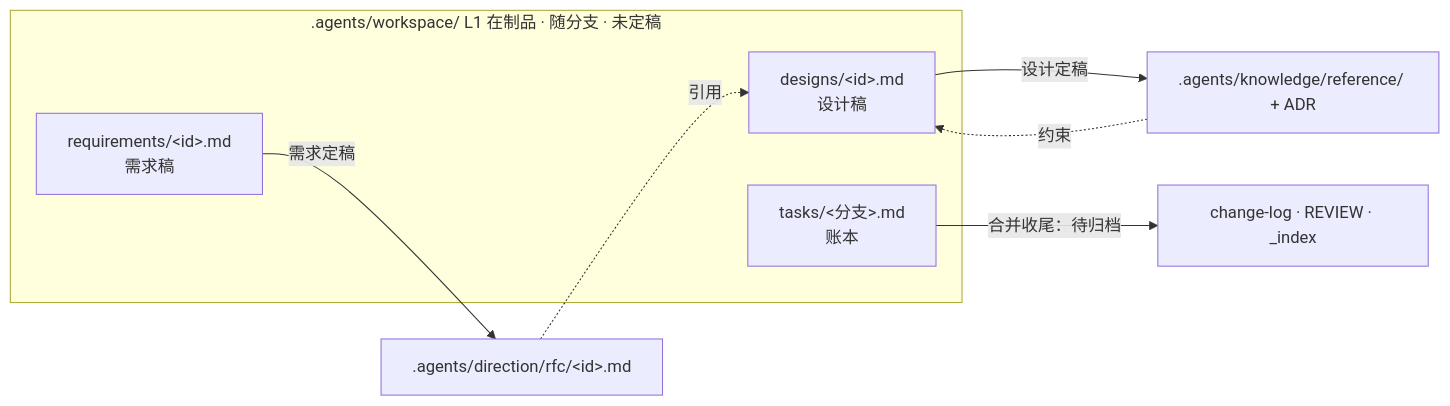
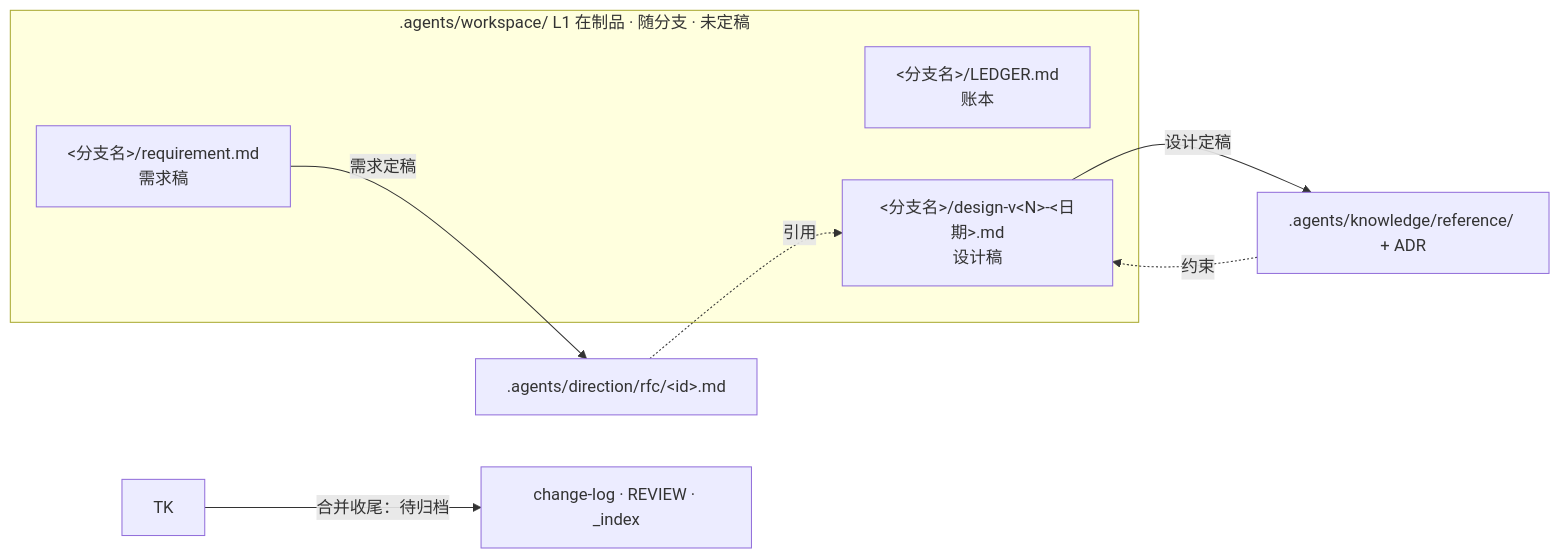
The ninth of 9 diagrams in .agents/rules/assets/ai-context-engineering.md (adaios/adaios), drawn with Mermaid before and after one commit. The commit also changed other lines of this file and 78 other files, not shown here.

````diff
--- a/.agents/rules/assets/ai-context-engineering.md
+++ b/.agents/rules/assets/ai-context-engineering.md
@@ -304,15 +304,15 @@
 ```mermaid
 flowchart LR
     subgraph WS[".agents/workspace/  L1 在制品 · 随分支 · 未定稿"]
-        TK["tasks/&lt;分支&gt;.md<br/>账本"]
-        RQ["requirements/&lt;id&gt;.md<br/>需求稿"]
-        DS["designs/&lt;id&gt;.md<br/>设计稿"]
+        TG["&lt;分支名&gt;/LEDGER.md<br/>账本"]
+        RQ["&lt;分支名&gt;/requirement.md<br/>需求稿"]
+        DS["&lt;分支名&gt;/design-v&lt;N&gt;-&lt;日期&gt;.md<br/>设计稿"]
     end
 
     RQ -->|"需求定稿"| RFC[".agents/direction/rfc/&lt;id&gt;.md"]
     DS -->|"设计定稿"| AR[".agents/knowledge/reference/ + ADR"]
     TK -->|"合并收尾：待归档"| CL["change-log · REVIEW · _index"]
 
     RFC -.->|"引用"| DS
     AR -.->|"约束"| DS
 ```
````
